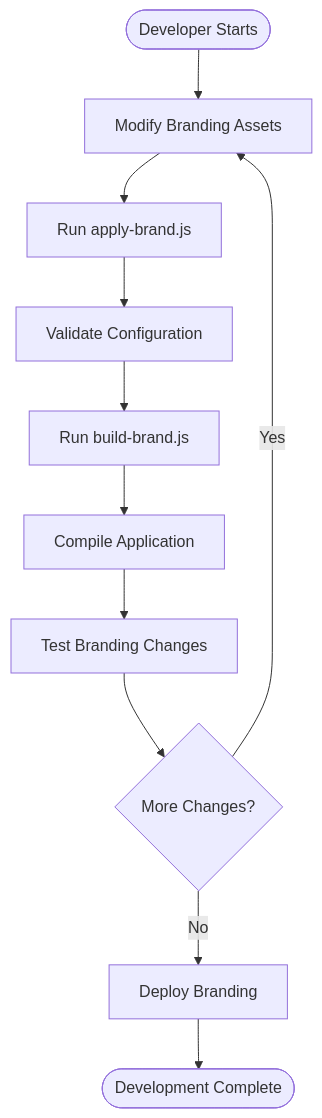
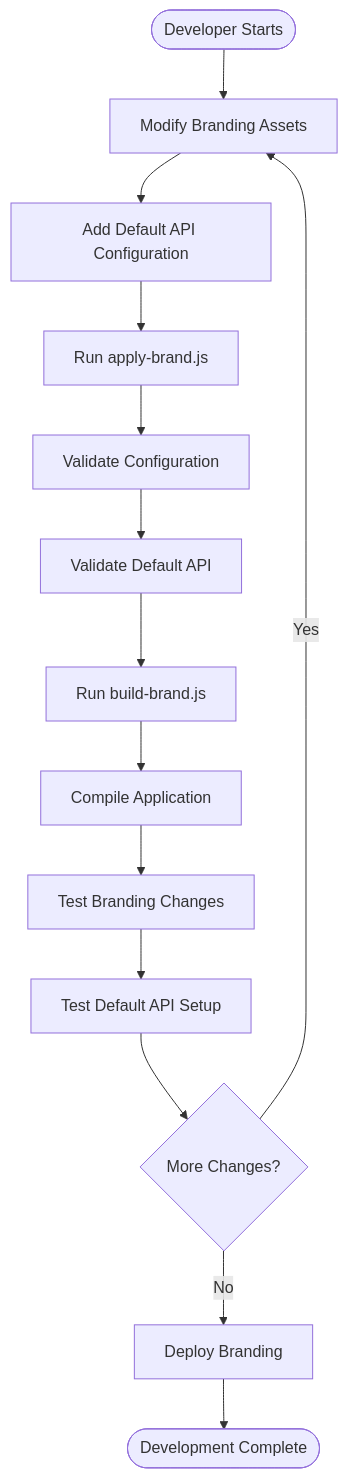
The ninth of 9 diagrams in .qoder/repowiki/en/content/Deployment & Distribution/Branding System.md (jackuh105/open-cowork), drawn with Mermaid before and after one commit. The commit also changed other lines of this file and 2 other files, not shown here.

````diff
--- a/.qoder/repowiki/en/content/Deployment & Distribution/Branding System.md
+++ b/.qoder/repowiki/en/content/Deployment & Distribution/Branding System.md
@@ -377,13 +479,16 @@
 ```mermaid
 flowchart TD
 DevStart([Developer Starts]) --> ModifyAssets["Modify Branding Assets"]
-ModifyAssets --> RunApply["Run apply-brand.js"]
+ModifyAssets --> AddDefaultApi["Add Default API Configuration"]
+AddDefaultApi --> RunApply["Run apply-brand.js"]
 RunApply --> ValidateConfig["Validate Configuration"]
-ValidateConfig --> BuildBrand["Run build-brand.js"]
+ValidateConfig --> ValidateDefaultApi["Validate Default API"]
+ValidateDefaultApi --> BuildBrand["Run build-brand.js"]
 BuildBrand --> CompileApp["Compile Application"]
 CompileApp --> TestBrand["Test Branding Changes"]
-TestBrand --> Iterate{"More Changes?"}
+TestBrand --> TestDefaultApi["Test Default API Setup"]
+TestDefaultApi --> Iterate{"More Changes?"}
 Iterate --> |Yes| ModifyAssets
 Iterate --> |No| DeployBrand["Deploy Branding"]
 DeployBrand --> DevComplete([Development Complete])
 ```
````
